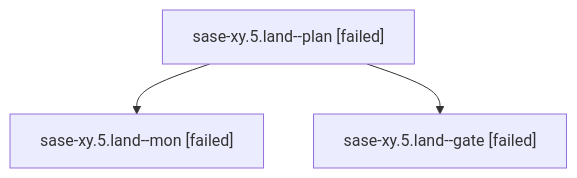
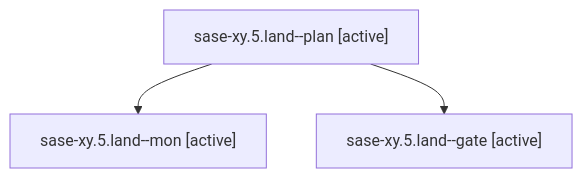
Before and after one commit to sase-org/sase--agents: the diagram in families/bbugyi200.athena.sase-xy.5.land.md, drawn with Mermaid. The commit also changed other lines of this file and 35830 other files, not shown here.

````diff
--- a/families/bbugyi200.athena.sase-xy.5.land.md
+++ b/families/bbugyi200.athena.sase-xy.5.land.md
@@ -9,8 +9,8 @@
 ```mermaid
 flowchart TD
-  n0["sase-xy.5.land--plan [failed]"]
-  n1["sase-xy.5.land--mon [failed]"]
+  n0["sase-xy.5.land--plan [active]"]
+  n1["sase-xy.5.land--mon [active]"]
   n0 --> n1
-  n2["sase-xy.5.land--gate [failed]"]
+  n2["sase-xy.5.land--gate [active]"]
   n0 --> n2
 ```
````
